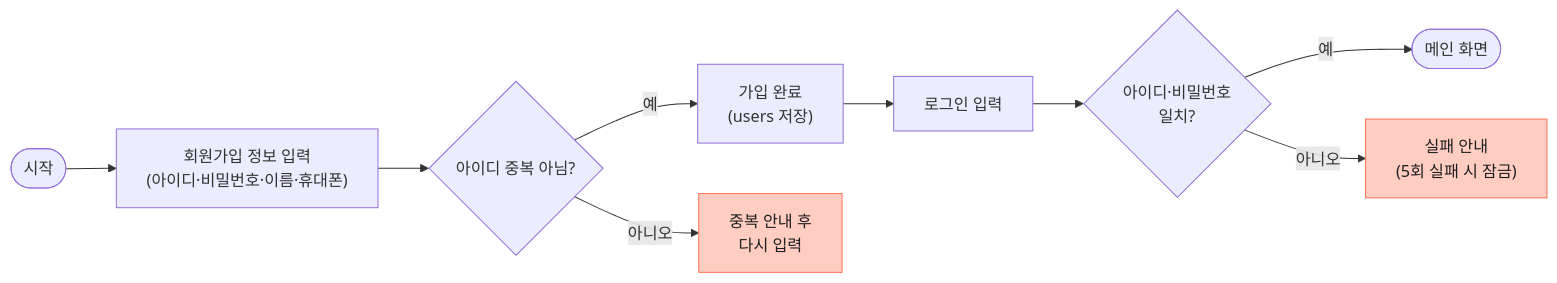
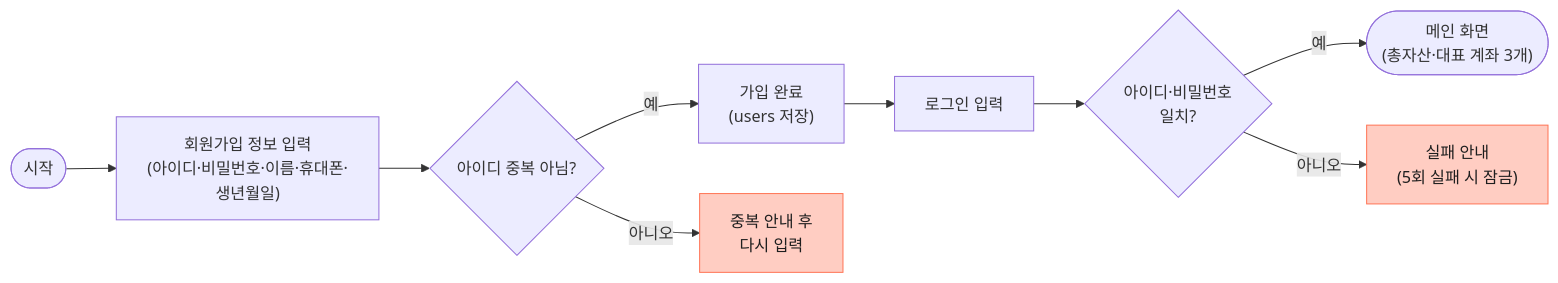
One commit to noviz-domino/avengers-bank-noviz changed the first of 8 diagrams in docs/planning/user-flows.md. Above: the diagram before and after it, drawn with Mermaid. The commit also changed other lines of this file and 40 other files, not shown here.

````diff
--- a/docs/planning/user-flows.md
+++ b/docs/planning/user-flows.md
@@ -9,12 +9,12 @@
 ```mermaid
 flowchart LR
-    A([시작]) --> B["회원가입 정보 입력<br/>(아이디·비밀번호·이름·휴대폰)"]
+    A([시작]) --> B["회원가입 정보 입력<br/>(아이디·비밀번호·이름·휴대폰·생년월일)"]
     B --> C{아이디 중복 아님?}
     C -- 예 --> D["가입 완료<br/>(users 저장)"]
     C -- 아니오 --> CF["중복 안내 후<br/>다시 입력"]:::fail
     D --> E[로그인 입력]
     E --> F{"아이디·비밀번호<br/>일치?"}
-    F -- 예 --> G([메인 화면])
+    F -- 예 --> G(["메인 화면<br/>(총자산·대표 계좌 3개)"])
     F -- 아니오 --> FF["실패 안내<br/>(5회 실패 시 잠금)"]:::fail
     classDef fail fill:#FFCDC2,stroke:#FF7556,color:#1E1E1E
 ```
````
